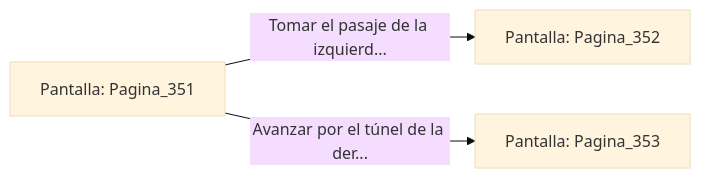
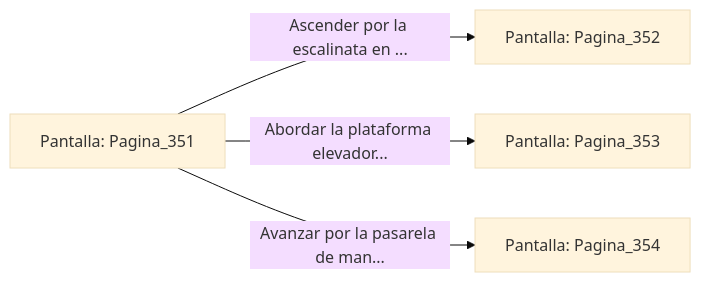
Before and after one commit to metsuke/mpl: the diagram in sample/eligejuego-vault/Pantalla_Pagina_351.md, drawn with Mermaid (base theme). The commit also changed other lines of this file and 635 other files, not shown here.

First line of the commit message:
fix: añadir Pagina_1 como pantalla inicial en capitulo_01.mpl

````diff
--- a/sample/eligejuego-vault/Pantalla_Pagina_351.md
+++ b/sample/eligejuego-vault/Pantalla_Pagina_351.md
@@ -20,6 +27,7 @@
 ```mermaid
 graph LR
     P_Pagina_351["Pantalla: Pagina_351"]
-    P_Pagina_351 -->|"Tomar el pasaje de la izquierd..."| P_Pagina_352["Pantalla: Pagina_352"]
-    P_Pagina_351 -->|"Avanzar por el túnel de la der..."| P_Pagina_353["Pantalla: Pagina_353"]
+    P_Pagina_351 -->|"Ascender por la escalinata en ..."| P_Pagina_352["Pantalla: Pagina_352"]
+    P_Pagina_351 -->|"Abordar la plataforma elevador..."| P_Pagina_353["Pantalla: Pagina_353"]
+    P_Pagina_351 -->|"Avanzar por la pasarela de man..."| P_Pagina_354["Pantalla: Pagina_354"]
 ```
````
